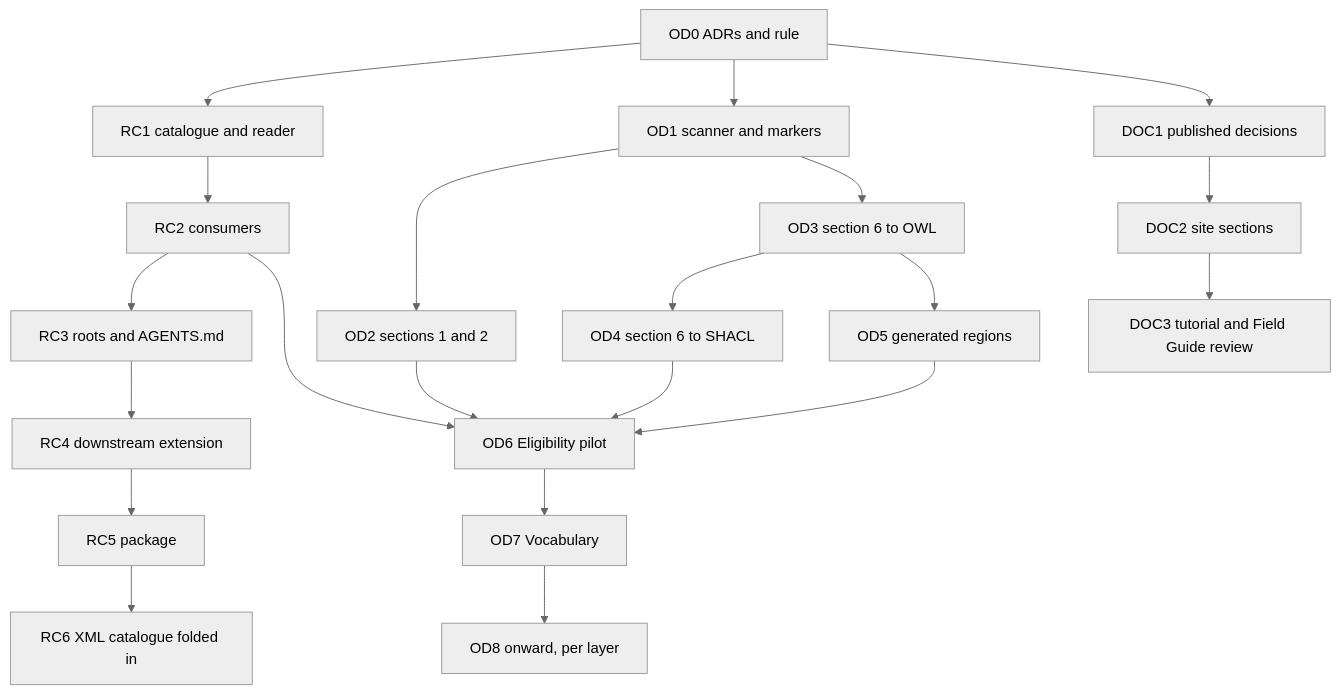
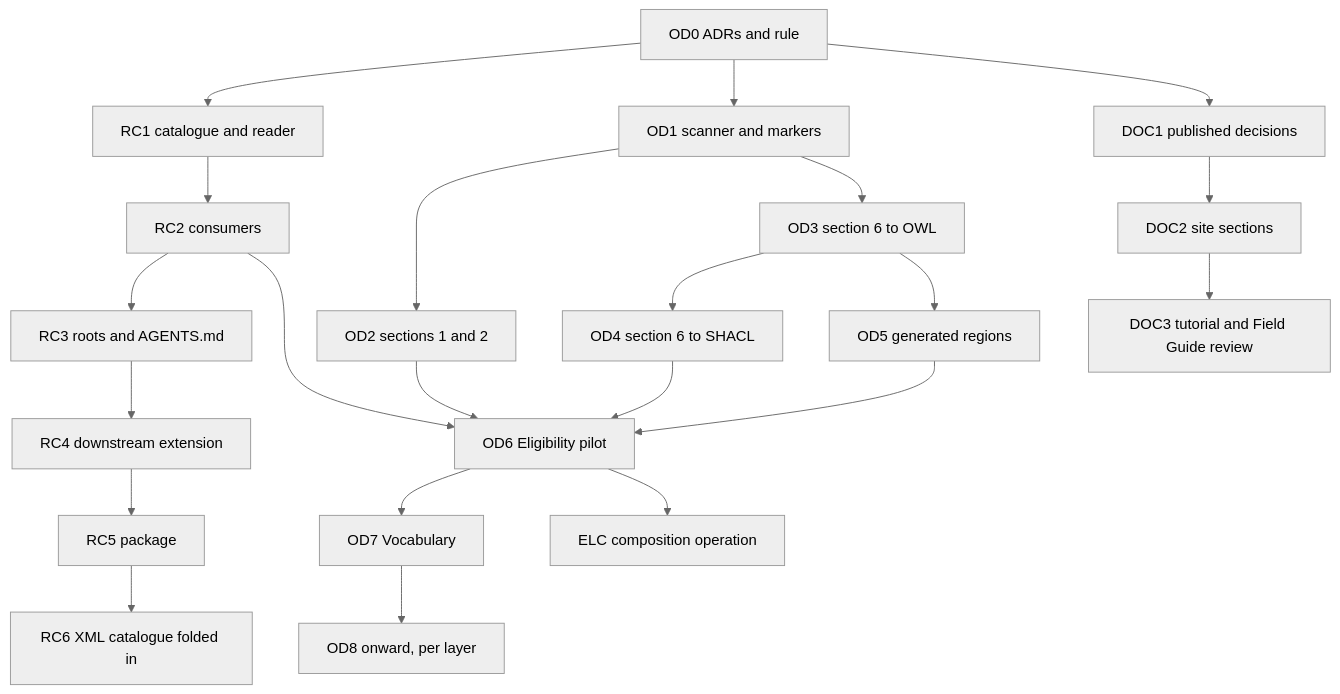
Before and after one commit to nebularis/lattice: the diagram in docs/developer/plans/improved-ontology-documentation.md, drawn with Mermaid (neutral theme). The commit also changed other lines of this file and 2 other files, not shown here.

First line of the commit message:
[docs/catalog] OD6-Q7 answered: the composition operation, slice ELC briefed

````diff
--- a/docs/developer/plans/improved-ontology-documentation.md
+++ b/docs/developer/plans/improved-ontology-documentation.md
@@ -195,23 +198,24 @@
 ```mermaid
 flowchart TB
     OD0["OD0 ADRs and rule"] --> RC1["RC1 catalogue and reader"]
     OD0 --> OD1["OD1 scanner and markers"]
     RC1 --> RC2["RC2 consumers"]
     RC2 --> RC3["RC3 roots and AGENTS.md"]
     OD1 --> OD2["OD2 sections 1 and 2"]
     OD1 --> OD3["OD3 section 6 to OWL"]
     OD3 --> OD4["OD4 section 6 to SHACL"]
     OD3 --> OD5["OD5 generated regions"]
     RC2 --> OD6
     OD2 --> OD6["OD6 Eligibility pilot"]
     OD4 --> OD6
     OD5 --> OD6
     OD6 --> OD7["OD7 Vocabulary"]
+    OD6 --> ELC["ELC composition operation"]
     OD7 --> MIG["OD8 onward, per layer"]
     OD0 --> DOC1["DOC1 published decisions"]
     DOC1 --> DOC2["DOC2 site sections"]
     DOC2 --> DOC3["DOC3 tutorial and Field Guide review"]
     RC3 --> RC4["RC4 downstream extension"]
     RC4 --> RC5["RC5 package"]
     RC5 --> RC6["RC6 XML catalogue folded in"]
 ```
````
